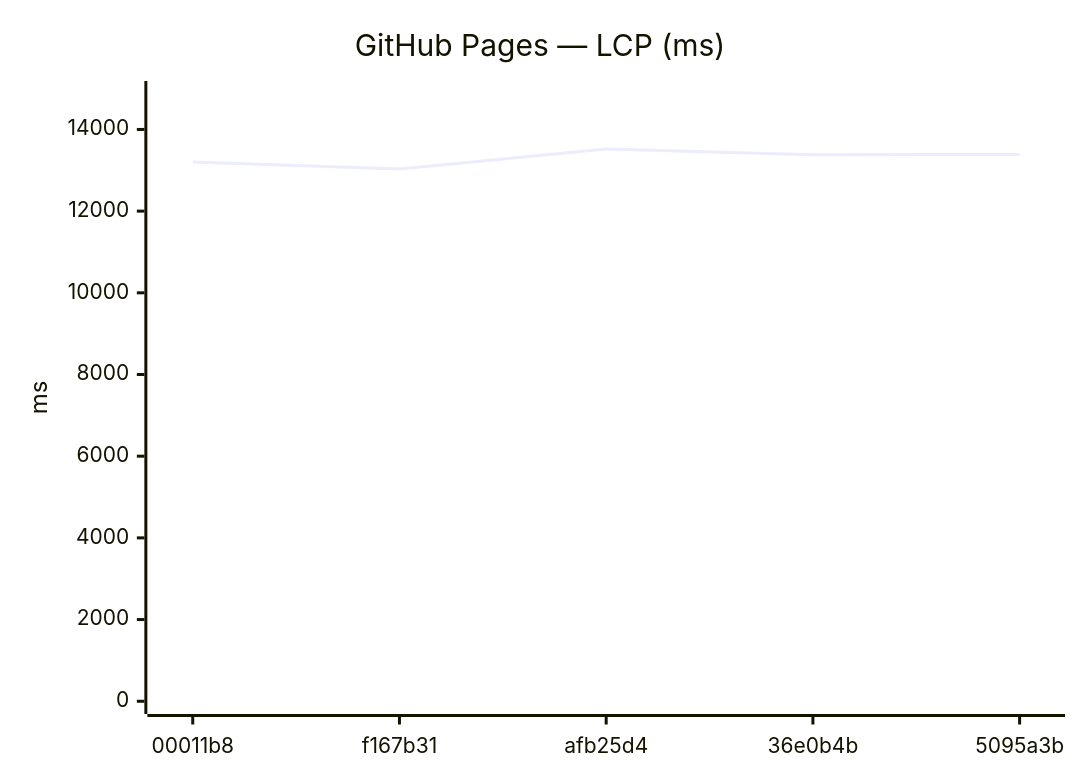
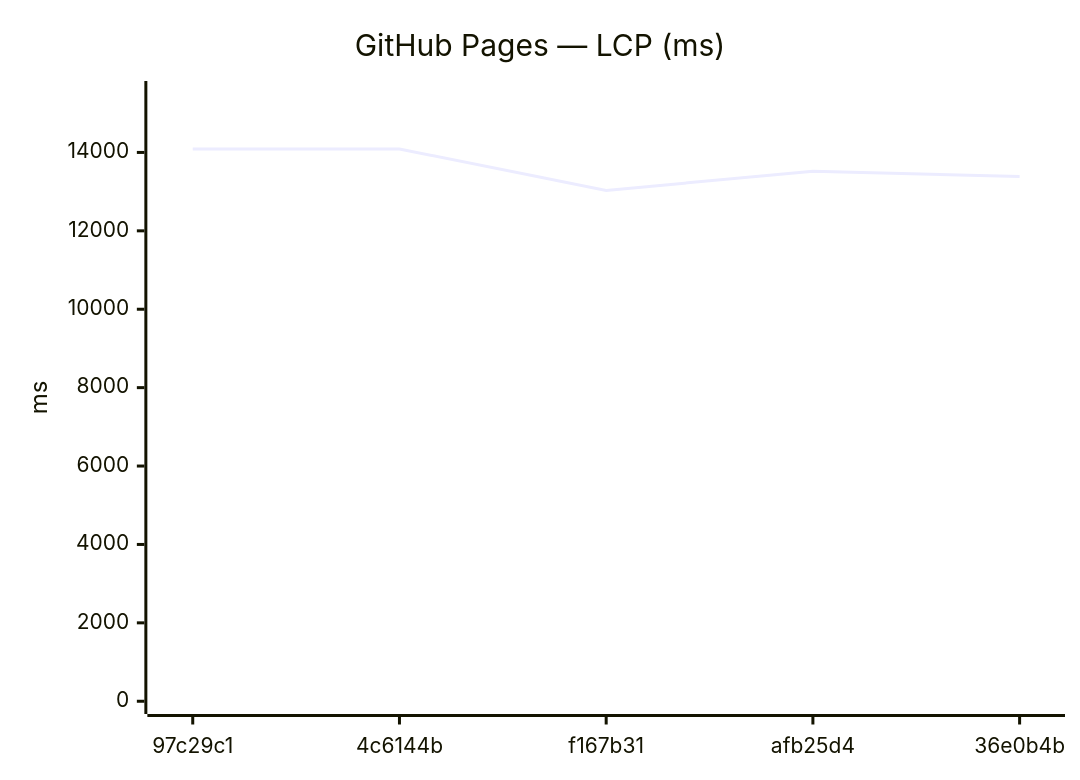
The ninth of 18 diagrams in benchmarks/compare.md (Metaheurist/Rianell), drawn with Mermaid before and after one commit. The commit also changed other lines of this file and 11 other files, not shown here.

````diff
--- a/benchmarks/compare.md
+++ b/benchmarks/compare.md
@@ -142,7 +142,7 @@
 ```mermaid
 xychart-beta
     title "GitHub Pages — LCP (ms)"
-    x-axis ["00011b8", "f167b31", "afb25d4", "36e0b4b", "5095a3b"]
-    y-axis "ms" 0 --> 14874
-    line [13203, 13032, 13521, 13383, 13388]
+    x-axis ["97c29c1", "4c6144b", "f167b31", "afb25d4", "36e0b4b"]
+    y-axis "ms" 0 --> 15497
+    line [14085, 14088, 13032, 13521, 13383]
 ```
````
